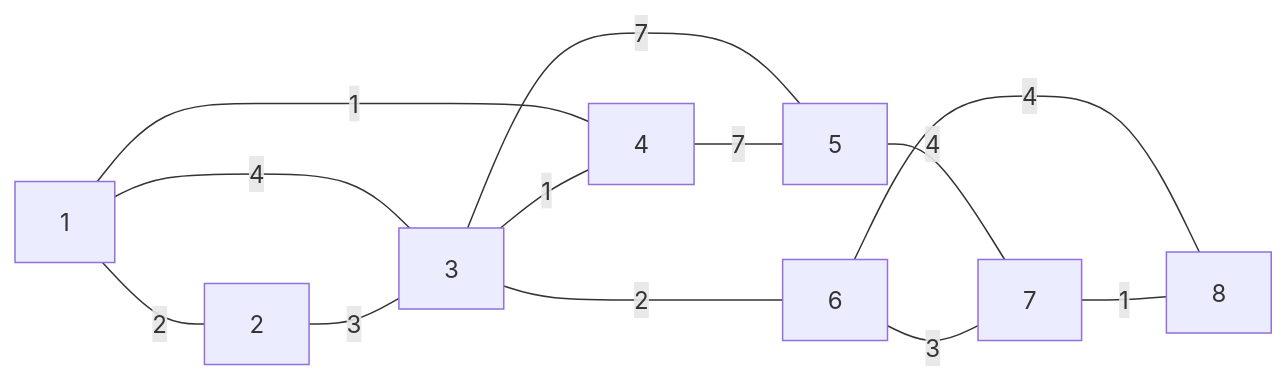
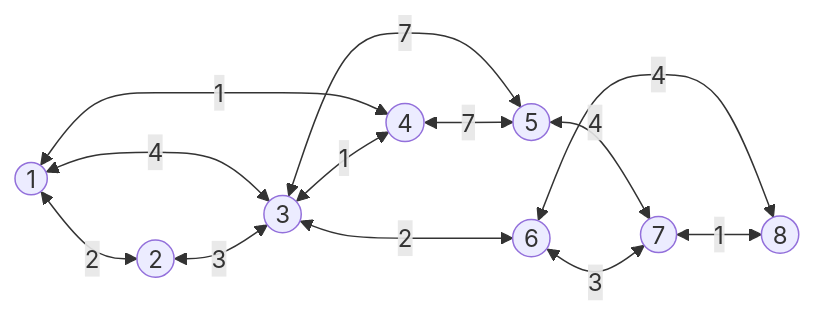
One commit to UFMG-Organizacao-de-Disciplinas/DCC865-Projeto_e_Analise_de_Algoritmos changed the third of 3 diagrams in 2024.2/Materiais enviados/Listas/Resoluções/Lista 5.md. Above: the diagram before and after it, drawn with Mermaid. The commit also changed other lines of this file and 3 other files, not shown here.

````diff
--- a/2024.2/Materiais enviados/Listas/Resoluções/Lista 5.md
+++ b/2024.2/Materiais enviados/Listas/Resoluções/Lista 5.md
@@ -49,15 +64,24 @@
 ```mermaid
 graph LR
-    1 ---|2| 2
-    1 ---|4| 3
-    1 ---|1| 4
-    2 ---|3| 3
-    3 ---|1| 4
-    3 ---|7| 5
-    3 ---|2| 6
-    4 ---|7| 5
-    5 ---|4| 7
-    6 ---|3| 7
-    6 ---|4| 8
-    7 ---|1| 8
+    1((1))
+    2((2))
+    3((3))
+    4((4))
+    5((5))
+    6((6))
+    7((7))
+    8((8))
+
+    1 <-->|2| 2
+    1 <-->|4| 3
+    1 <-->|1| 4
+    2 <-->|3| 3
+    3 <-->|1| 4
+    3 <-->|7| 5
+    3 <-->|2| 6
+    4 <-->|7| 5
+    5 <-->|4| 7
+    6 <-->|3| 7
+    6 <-->|4| 8
+    7 <-->|1| 8
 ```
````
